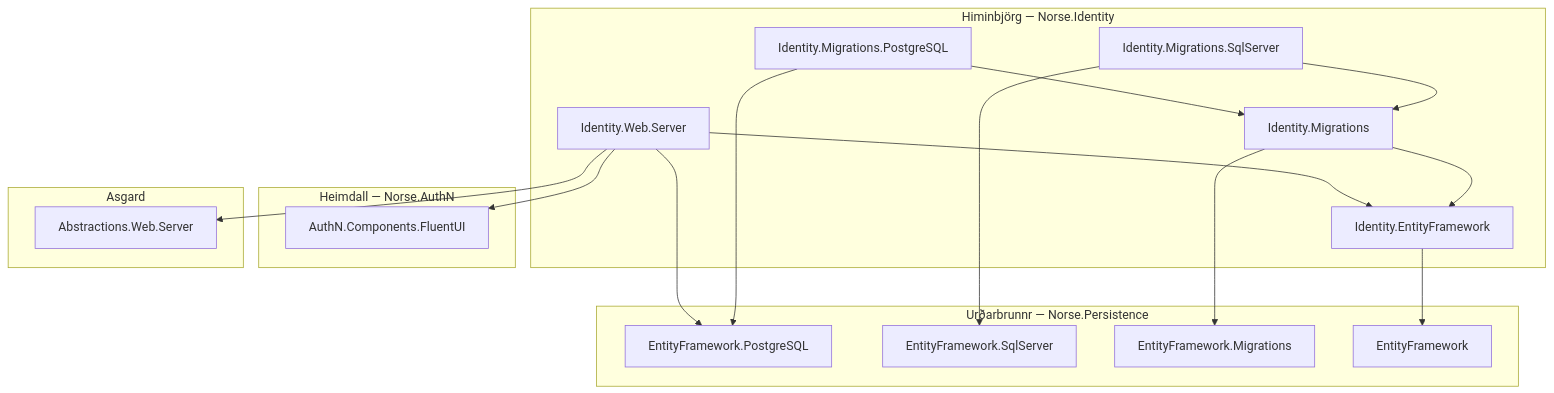
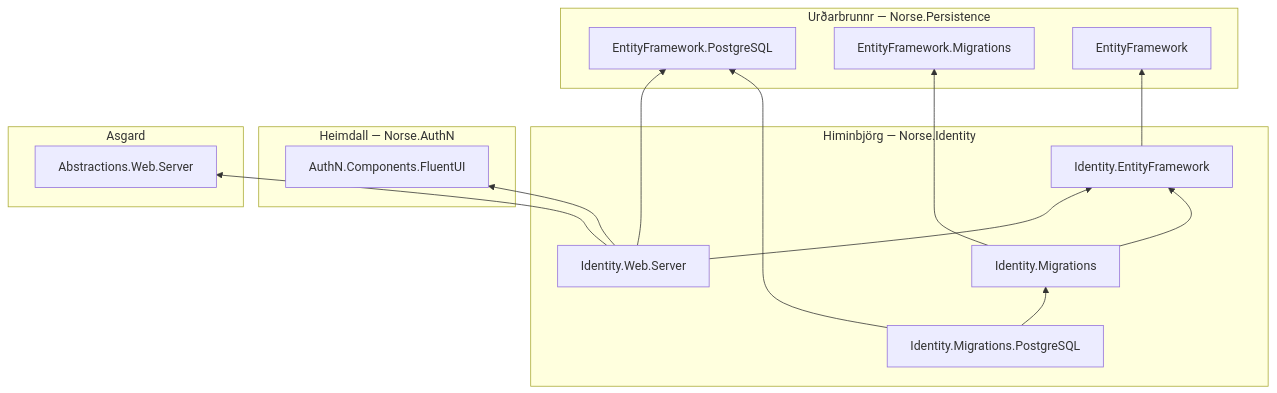
One commit to NorseArchitecture/Himinbjorg changed the diagram in README.md. Above: the diagram before and after it, drawn with Mermaid. The commit also changed other lines of this file, not shown here.

````diff
--- a/README.md
+++ b/README.md
@@ -21,33 +21,29 @@
 ```mermaid
-flowchart TB
+flowchart BT
 	subgraph Himinbjorg["Himinbjörg — Norse.Identity"]
 		MigrationsPg["Identity.Migrations.PostgreSQL"]
-		MigrationsSql["Identity.Migrations.SqlServer"]
 		Migrations["Identity.Migrations"]
 		WebServer["Identity.Web.Server"]
 		EntityFramework["Identity.EntityFramework"]
 	end
 	subgraph Heimdall["Heimdall — Norse.AuthN"]
 		FluentUI["AuthN.Components.FluentUI"]
 	end
 	subgraph Asgard
 		WebServerLaw["Abstractions.Web.Server"]
 	end
 	subgraph Urdarbrunnr["Urðarbrunnr — Norse.Persistence"]
 		EFPg["EntityFramework.PostgreSQL"]
-		EFSql["EntityFramework.SqlServer"]
 		EFMigrations["EntityFramework.Migrations"]
 		EF["EntityFramework"]
 	end
 	WebServer --> EntityFramework
 	WebServer --> FluentUI
 	WebServer --> WebServerLaw
 	WebServer --> EFPg
 	EntityFramework --> EF
 	Migrations --> EntityFramework
 	Migrations --> EFMigrations
 	MigrationsPg --> Migrations
 	MigrationsPg --> EFPg
-	MigrationsSql --> Migrations
-	MigrationsSql --> EFSql
 ```
````
